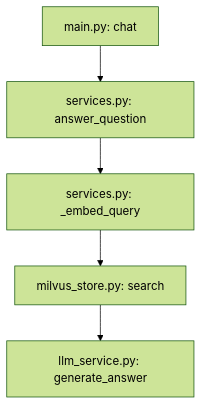
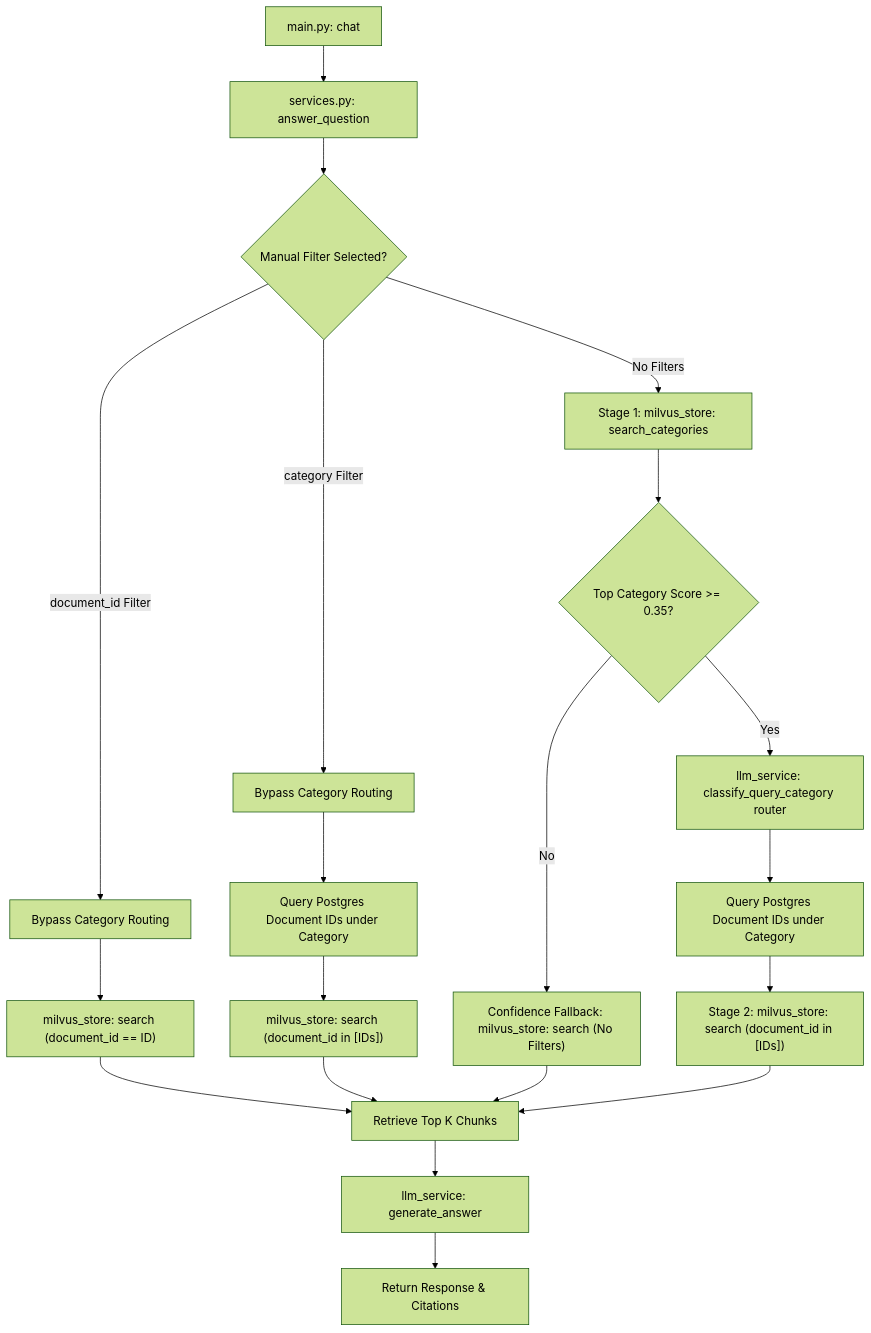
Before and after one commit to AnujSharma-05/Task0_RapidFoundation: the second of 2 diagrams in Project/backend_flow.md, drawn with Mermaid (forest theme). The commit also changed other lines of this file and 1 other file, not shown here.

Commit message:
feat: add LLM service with categorical routing and fallback mock modes alongside backend flow documentation

````diff
--- a/Project/backend_flow.md
+++ b/Project/backend_flow.md
@@ -89,7 +110,25 @@
 ```mermaid
 graph TD
     A[main.py: chat] --> B[services.py: answer_question]
-    B --> C[services.py: _embed_query]
-    C --> D[milvus_store.py: search]
-    D --> E[llm_service.py: generate_answer]
+    B --> C{Manual Filter Selected?}
+    
+    %% Bypass Paths
+    C -- "document_id Filter" --> D[Bypass Category Routing]
+    D --> E["milvus_store: search (document_id == ID)"]
+    
+    C -- "category Filter" --> F[Bypass Category Routing]
+    F --> G[Query Postgres Document IDs under Category]
+    G --> H["milvus_store: search (document_id in [IDs])"]
+    
+    %% Two-Stage Routing Path
+    C -- "No Filters" --> I["Stage 1: milvus_store: search_categories"]
+    I --> J{"Top Category Score >= 0.35?"}
+    J -- No --> K["Confidence Fallback: milvus_store: search (No Filters)"]
+    J -- Yes --> L["llm_service: classify_query_category router"]
+    L --> M[Query Postgres Document IDs under Category]
+    M --> N["Stage 2: milvus_store: search (document_id in [IDs])"]
+    
+    E & H & K & N --> O[Retrieve Top K Chunks]
+    O --> P[llm_service: generate_answer]
+    P --> Q[Return Response & Citations]
 ```
````
